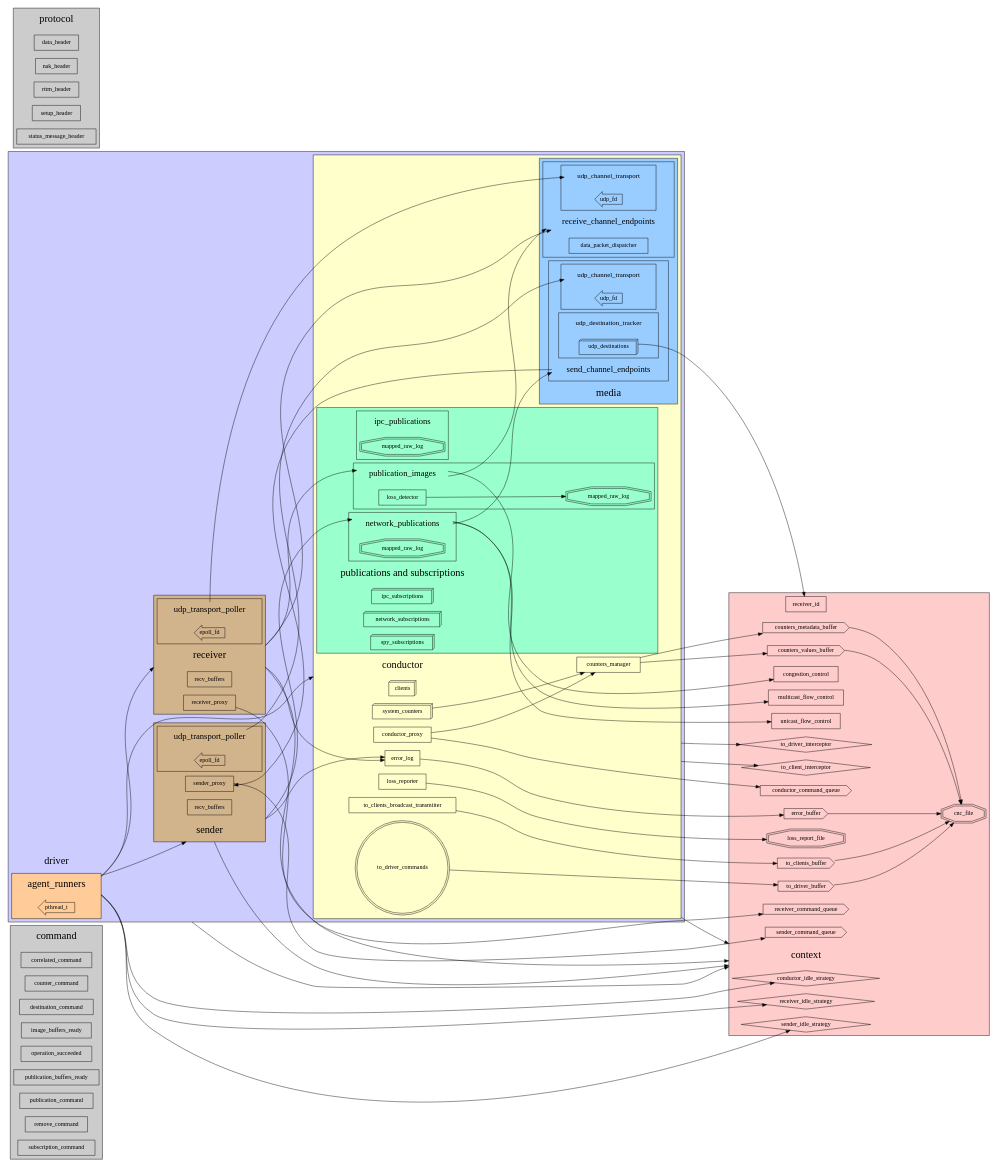
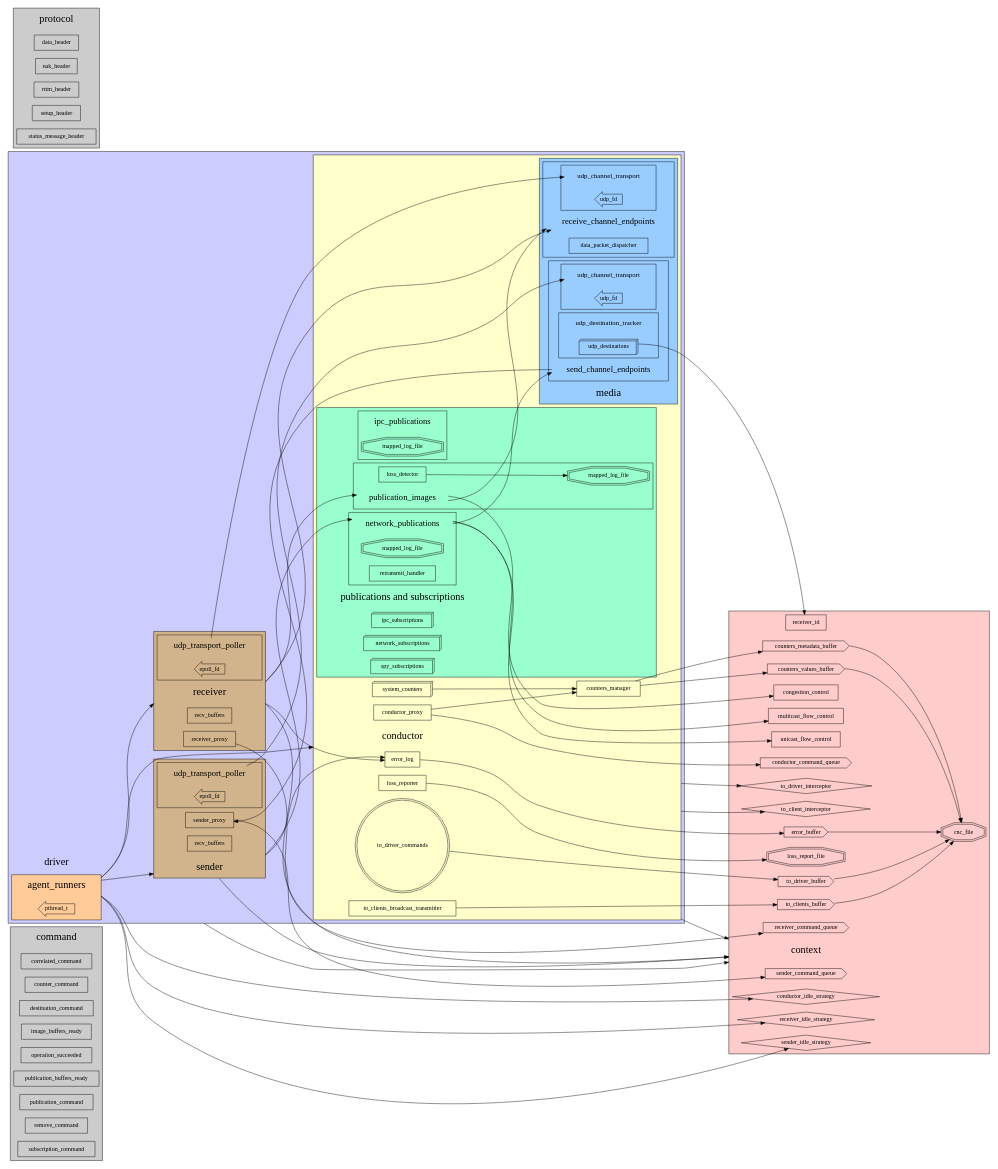
Before and after one commit to khklau/aeron-dpdk-driver: the diagram in doc/c_driver.dot, drawn with Graphviz.

Commit message:
adding retransmit_handler

```diff
--- a/doc/c_driver.dot
+++ b/doc/c_driver.dot
@@ -75,7 +75,6 @@
 
             conductor [ label="conductor" shape="none" fontsize=24 ];
 
-            clients [ label="clients" shape="box3d" ];
             conductor_proxy [ label="conductor_proxy" shape="record" ];
             counters_manager [ label="counters_manager" shape="record" ];
             error_log [ label="error_log" shape="record" ];
@@ -150,7 +149,7 @@
 
                     ipc_publications [ label="ipc_publications" shape="none" fontsize=20 ];
 
-                    ip_mapped_raw_log [ label="mapped_raw_log" shape="doubleoctagon" ];
+                    ip_mapped_log_file [ label="mapped_log_file" shape="doubleoctagon" ];
                 }
 
                 subgraph cluster_network_publications {
@@ -159,7 +158,8 @@
 
                     network_publications [ label="network_publications" shape="none" fontsize=20 ];
 
-                    np_mapped_raw_log [ label="mapped_raw_log" shape="doubleoctagon" ];
+                    np_mapped_log_file [ label="mapped_log_file" shape="doubleoctagon" ];
+                    retransmit_handler [ label="retransmit_handler" shape="record" ];
                 }
 
                 subgraph cluster_publication_images {
@@ -169,9 +169,9 @@
                     publication_images [ label="publication_images" shape="none" fontsize=20 ];
 
                     loss_detector [ label="loss_detector" shape="record" ];
-                    pi_mapped_raw_log [ label="mapped_raw_log" shape="doubleoctagon" ];
+                    pi_mapped_log_file [ label="mapped_log_file" shape="doubleoctagon" ];
 
-                    loss_detector -> pi_mapped_raw_log;
+                    loss_detector -> pi_mapped_log_file;
                 }
             }
 
```
